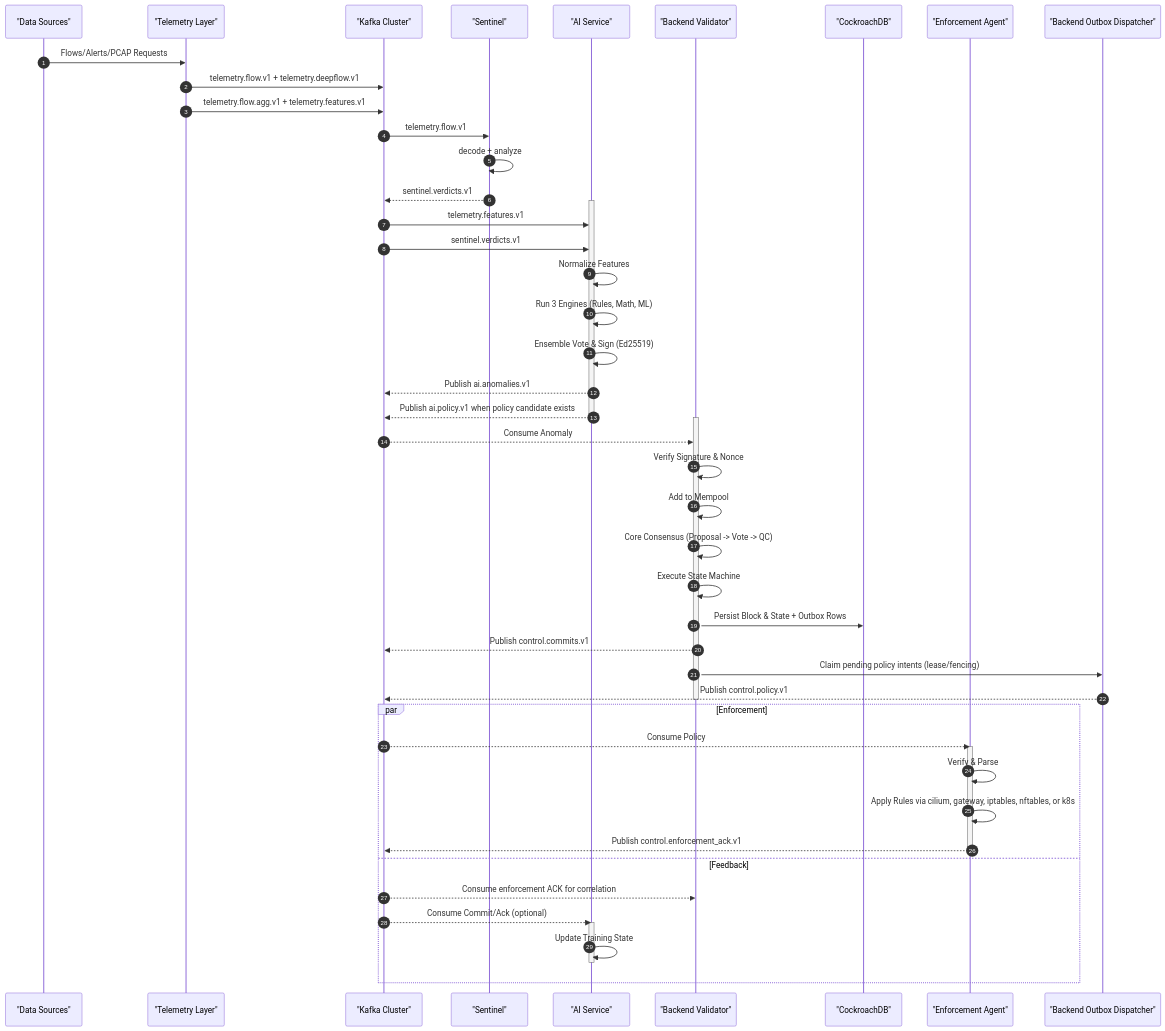
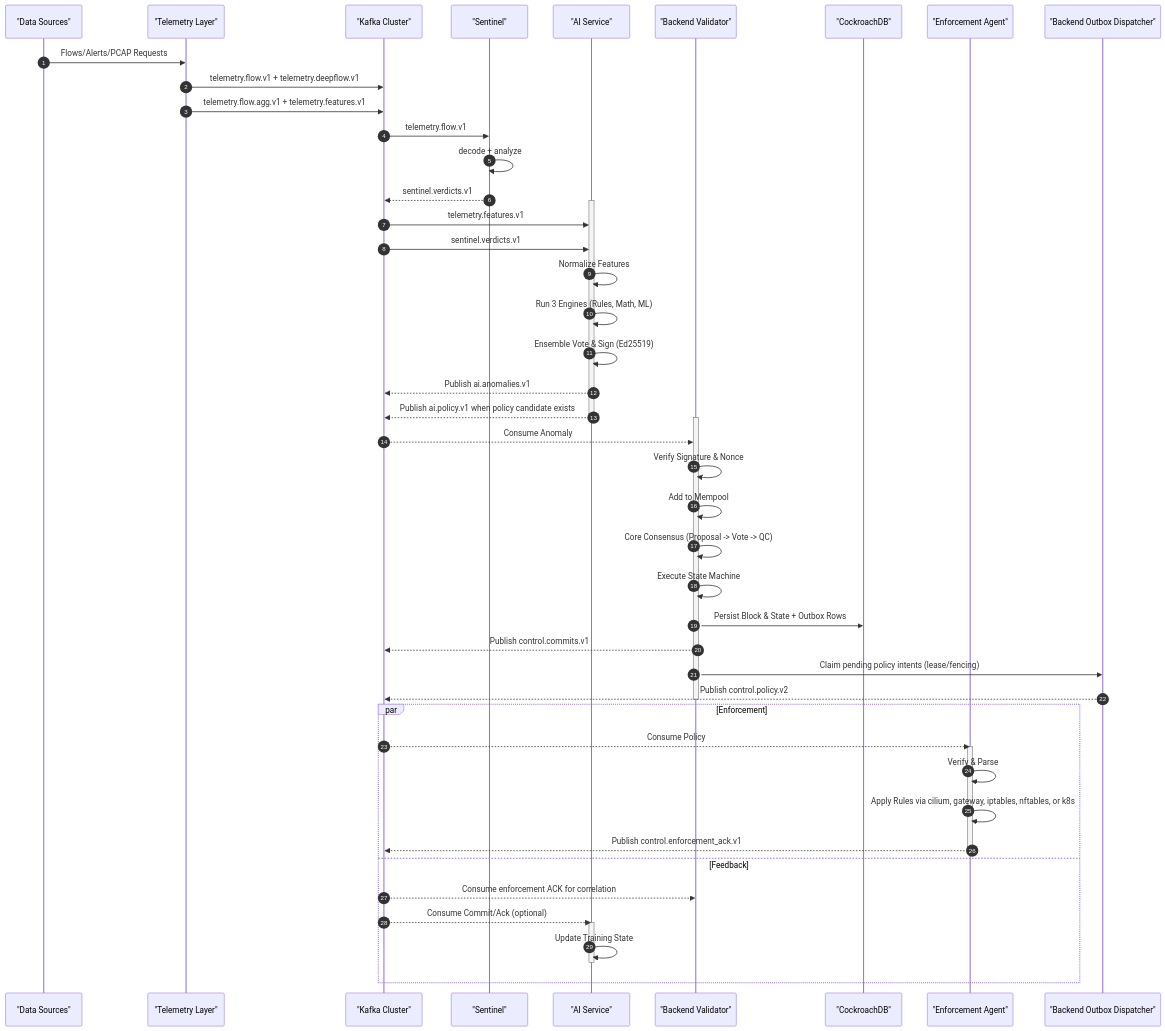
Before and after one commit to EveShark/CyberMesh: the diagram in docs/architecture/01_system_overview.md, drawn with Mermaid. The commit also changed other lines of this file and 35 other files, not shown here.

Commit message:
Migrate control policy runtime and signing to v2

````diff
--- a/docs/architecture/01_system_overview.md
+++ b/docs/architecture/01_system_overview.md
@@ -147,59 +147,59 @@
 ```mermaid
 sequenceDiagram
     autonumber
     participant Telemetry as "Data Sources"
     participant TL as "Telemetry Layer"
     participant Kafka as "Kafka Cluster"
     participant Sentinel as "Sentinel"
     participant AI as "AI Service"
     participant Backend as "Backend Validator"
     participant DB as "CockroachDB"
     participant Agent as "Enforcement Agent"
     participant Outbox as "Backend Outbox Dispatcher"
 
     %% Phase 1: Detection
     Telemetry->>TL: Flows/Alerts/PCAP Requests
     TL->>Kafka: telemetry.flow.v1 + telemetry.deepflow.v1
     TL->>Kafka: telemetry.flow.agg.v1 + telemetry.features.v1
     Kafka->>Sentinel: telemetry.flow.v1
     Sentinel->>Sentinel: decode + analyze
     Sentinel-->>Kafka: sentinel.verdicts.v1
     activate AI
     Kafka->>AI: telemetry.features.v1
     Kafka->>AI: sentinel.verdicts.v1
     AI->>AI: Normalize Features
     AI->>AI: Run 3 Engines (Rules, Math, ML)
     AI->>AI: Ensemble Vote & Sign (Ed25519)
     AI-->>Kafka: Publish ai.anomalies.v1
     AI-->>Kafka: Publish ai.policy.v1 when policy candidate exists
     deactivate AI
 
     %% Phase 2: Consensus
     activate Backend
     Kafka-->>Backend: Consume Anomaly
     Backend->>Backend: Verify Signature & Nonce
     Backend->>Backend: Add to Mempool
     Backend->>Backend: Core Consensus (Proposal -> Vote -> QC)
     Backend->>Backend: Execute State Machine
     Backend->>DB: Persist Block & State + Outbox Rows
     Backend-->>Kafka: Publish control.commits.v1
     Backend->>Outbox: Claim pending policy intents (lease/fencing)
-    Outbox-->>Kafka: Publish control.policy.v1
+    Outbox-->>Kafka: Publish control.policy.v2
     deactivate Backend
 
     %% Phase 3: Enforcement & Feedback
     par Enforcement
         Kafka-->>Agent: Consume Policy
         activate Agent
         Agent->>Agent: Verify & Parse
         Agent->>Agent: Apply Rules via cilium, gateway, iptables, nftables, or k8s
         Agent-->>Kafka: Publish control.enforcement_ack.v1
         deactivate Agent
     and Feedback
         Kafka-->>Backend: Consume enforcement ACK for correlation
         Kafka-->>AI: Consume Commit/Ack (optional)
         activate AI
         AI->>AI: Update Training State
         deactivate AI
     end
 ```
````
